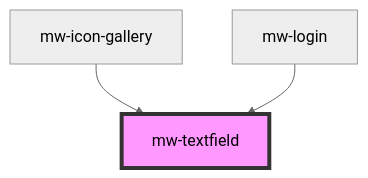
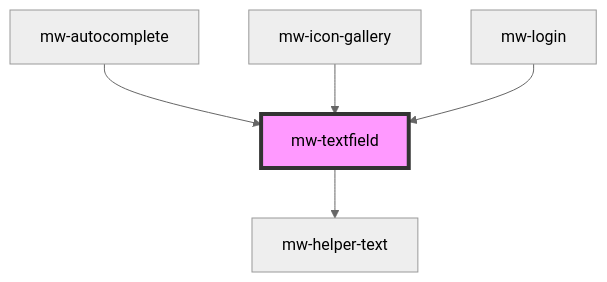
Before and after one commit to MaibornWolff/mwui: the diagram in mwui-stencil/src/components/mw-textfield/readme.md, drawn with Mermaid (neutral theme). The commit also changed other lines of this file and 18 other files, not shown here.

````diff
--- a/mwui-stencil/src/components/mw-textfield/readme.md
+++ b/mwui-stencil/src/components/mw-textfield/readme.md
@@ -43,6 +48,8 @@
 ```mermaid
 graph TD;
+  mw-textfield --> mw-helper-text
+  mw-autocomplete --> mw-textfield
   mw-icon-gallery --> mw-textfield
   mw-login --> mw-textfield
   style mw-textfield fill:#f9f,stroke:#333,stroke-width:4px
 ```
````
